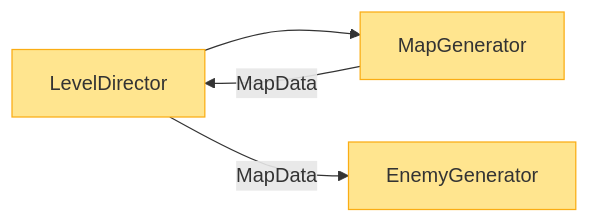
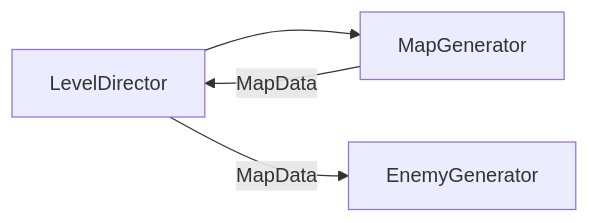
One commit to BlizzyIxyz/Code-Standards changed the third of 3 diagrams in Unity Modular-Layered Architecture.md. Above: the diagram before and after it, drawn with Mermaid. The commit also changed other lines of this file, not shown here.

Commit message:
Update Unity Modular-Layered Architecture.md

````diff
--- a/Unity Modular-Layered Architecture.md
+++ b/Unity Modular-Layered Architecture.md
@@ -155,10 +143,6 @@
 ```mermaid
 graph LR
     LevelDirector --> MapGenerator
     LevelDirector -->|MapData| EnemyGenerator
     MapGenerator -->|MapData| LevelDirector
-    
-    style LevelDirector fill:#ffe58f,stroke:#faad14
-    style MapGenerator fill:#ffe58f,stroke:#faad14
-    style EnemyGenerator fill:#ffe58f,stroke:#faad14
 ```
````
